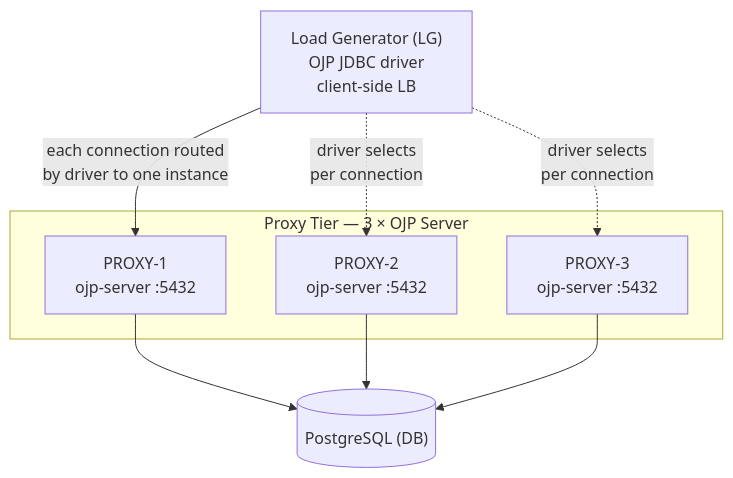
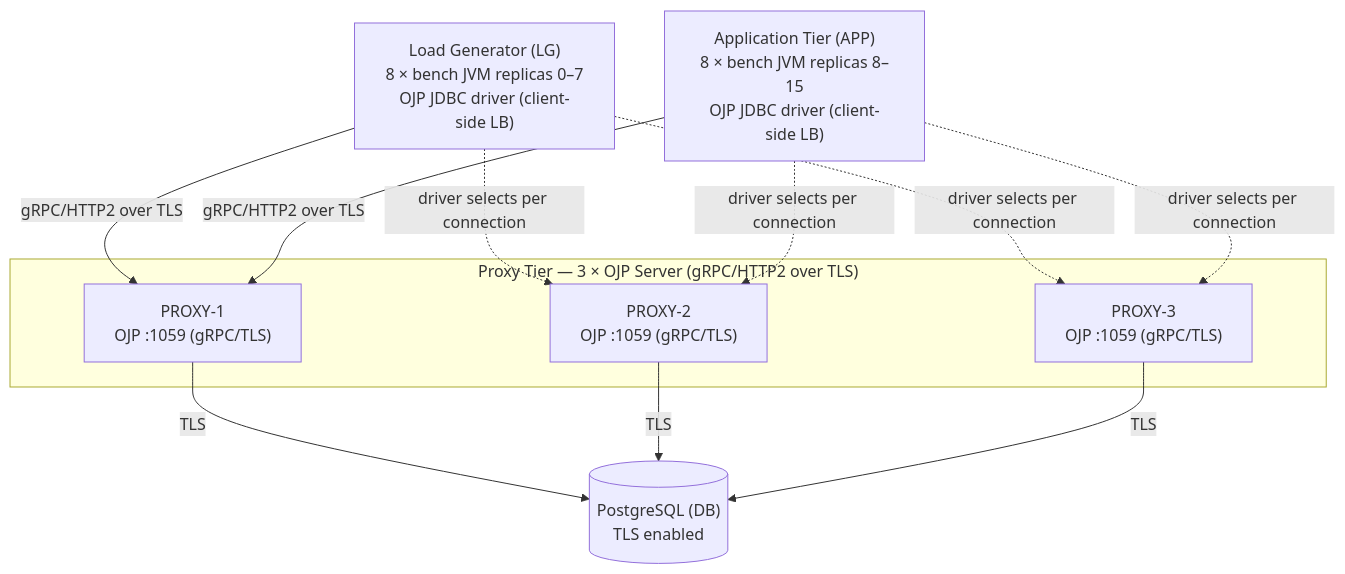
Before and after one commit to rrobetti/stressar: the second of 3 diagrams in docs/BENCHMARKING_GUIDE.md, drawn with Mermaid. The commit also changed other lines of this file and 4 other files, not shown here.

````diff
--- a/docs/BENCHMARKING_GUIDE.md
+++ b/docs/BENCHMARKING_GUIDE.md
@@ -91,19 +97,23 @@
 ```mermaid
 graph TD
-    LG["Load Generator (LG)\nOJP JDBC driver\nclient-side LB"]
+    LG["Load Generator (LG)\n8 × bench JVM replicas 0–7\nOJP JDBC driver (client-side LB)"]
+    APP["Application Tier (APP)\n8 × bench JVM replicas 8–15\nOJP JDBC driver (client-side LB)"]
 
-    subgraph PROXY_TIER ["Proxy Tier — 3 × OJP Server"]
-        P1["PROXY-1\nojp-server :5432"]
-        P2["PROXY-2\nojp-server :5432"]
-        P3["PROXY-3\nojp-server :5432"]
+    subgraph PROXY_TIER ["Proxy Tier — 3 × OJP Server (gRPC/HTTP2 over TLS)"]
+        P1["PROXY-1\nOJP :1059 (gRPC/TLS)"]
+        P2["PROXY-2\nOJP :1059 (gRPC/TLS)"]
+        P3["PROXY-3\nOJP :1059 (gRPC/TLS)"]
     end
 
-    DB[("PostgreSQL (DB)")]
+    DB[("PostgreSQL (DB)\nTLS enabled")]
 
-    LG -- "each connection routed\nby driver to one instance" --> P1
-    LG -. "driver selects\nper connection" .-> P2
-    LG -. "driver selects\nper connection" .-> P3
-    P1 --> DB
-    P2 --> DB
-    P3 --> DB
+    LG -- "gRPC/HTTP2 over TLS" --> P1
+    LG -. "driver selects per connection" .-> P2
+    LG -. "driver selects per connection" .-> P3
+    APP -- "gRPC/HTTP2 over TLS" --> P1
+    APP -. "driver selects per connection" .-> P2
+    APP -. "driver selects per connection" .-> P3
+    P1 -- "TLS" --> DB
+    P2 -- "TLS" --> DB
+    P3 -- "TLS" --> DB
 ```
````
